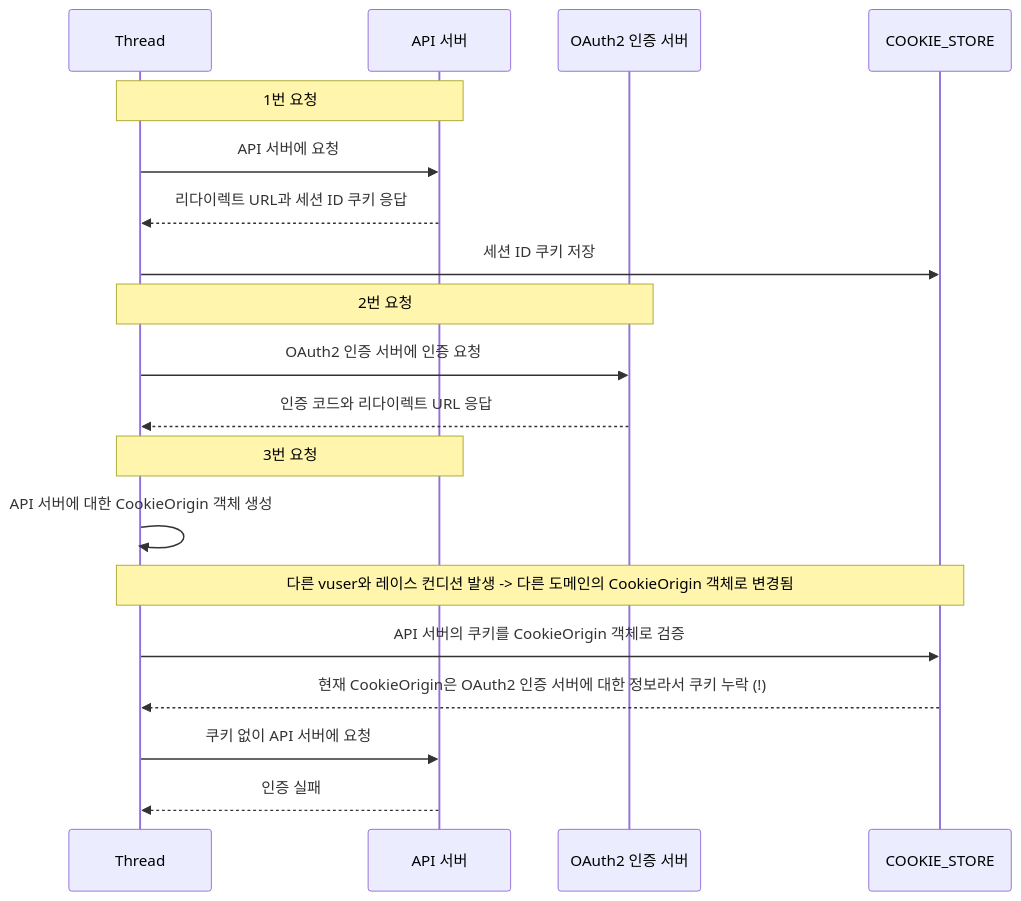
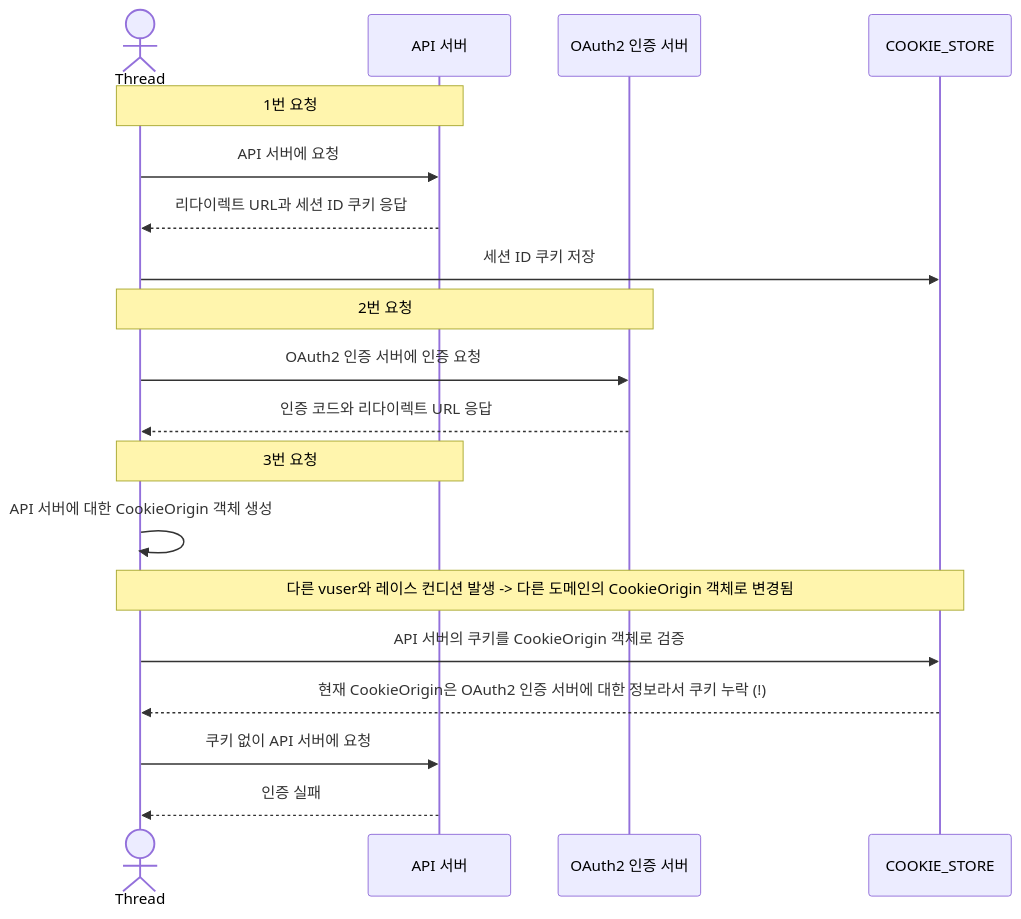
One commit to Hansanghyun-github/TIL changed the second of 2 diagrams in portfolio/nGrinder 부하 테스트 중 발생한 OAuth2 인증 문제 분석 및 해결.md. Above: the diagram before and after it, drawn with Mermaid. The commit also changed other lines of this file and 1 other file, not shown here.

Commit message:
edit mermaid component participant to actor

````diff
--- a/portfolio/nGrinder 부하 테스트 중 발생한 OAuth2 인증 문제 분석 및 해결.md
+++ b/portfolio/nGrinder 부하 테스트 중 발생한 OAuth2 인증 문제 분석 및 해결.md
@@ -247,24 +247,24 @@
 ```mermaid
 sequenceDiagram
-   participant VUser as Thread
+   actor VUser as Thread
    participant API as API 서버
    participant OAuth2 as OAuth2 인증 서버
    
    Note over VUser, API: 1번 요청
    VUser->>API: API 서버에 요청
    API-->>VUser: 리다이렉트 URL과 세션 ID 쿠키 응답
    VUser->>COOKIE_STORE: 세션 ID 쿠키 저장
    
    Note over VUser, OAuth2: 2번 요청
    VUser->>OAuth2: OAuth2 인증 서버에 인증 요청
    OAuth2-->>VUser: 인증 코드와 리다이렉트 URL 응답
    
    Note over VUser, API: 3번 요청
    VUser->>VUser: API 서버에 대한 CookieOrigin 객체 생성
    Note over VUser, COOKIE_STORE: 다른 vuser와 레이스 컨디션 발생 -> 다른 도메인의 CookieOrigin 객체로 변경됨
    VUser->>COOKIE_STORE: API 서버의 쿠키를 CookieOrigin 객체로 검증
    COOKIE_STORE-->>VUser: 현재 CookieOrigin은 OAuth2 인증 서버에 대한 정보라서 쿠키 누락 (!)
 
    VUser->>API: 쿠키 없이 API 서버에 요청
    API-->>VUser: 인증 실패
 ```
````
